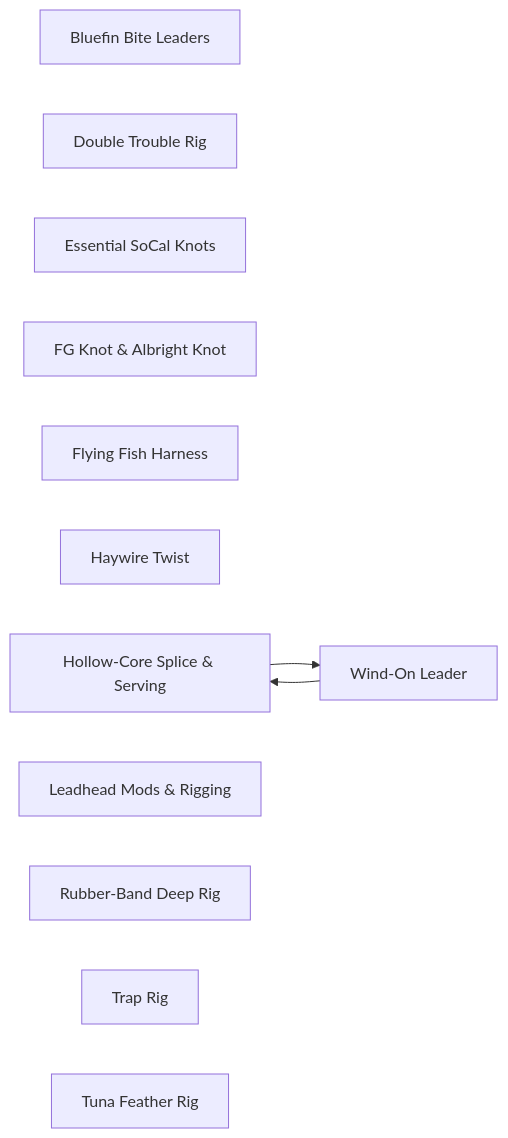
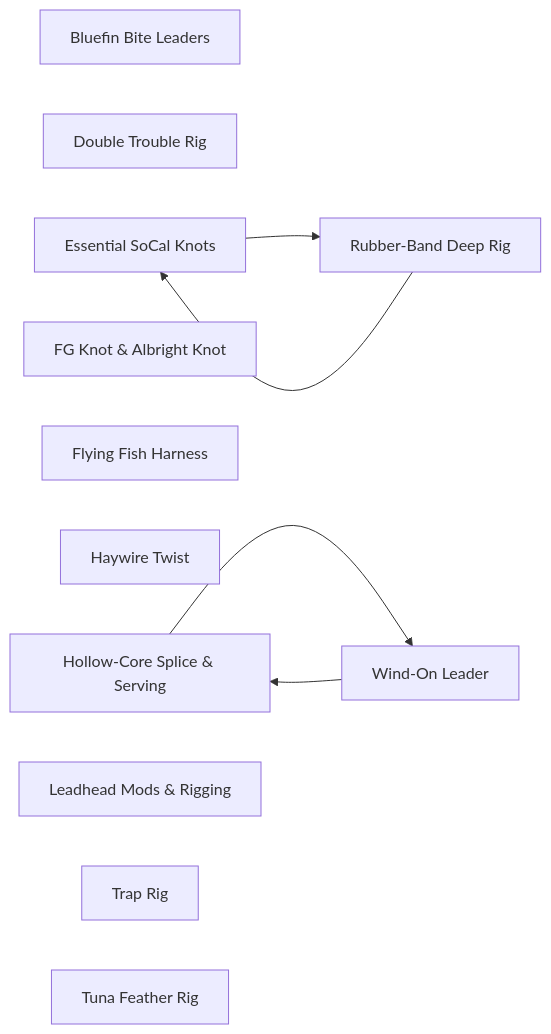
One commit to camchuckpete-max/Socal-Fishing-Knowledge changed the diagram in rigging/README.md. Above: the diagram before and after it, drawn with Mermaid. The commit also changed 3 other files, not shown here.

````diff
--- a/rigging/README.md
+++ b/rigging/README.md
@@ -25,17 +25,19 @@
 ```mermaid
 graph LR
   n0["Bluefin Bite Leaders"]
   n1["Double Trouble Rig"]
   n2["Essential SoCal Knots"]
   n3["FG Knot & Albright Knot"]
   n4["Flying Fish Harness"]
   n5["Haywire Twist"]
   n6["Hollow-Core Splice & Serving"]
   n7["Leadhead Mods & Rigging"]
   n8["Rubber-Band Deep Rig"]
   n9["Trap Rig"]
   n10["Tuna Feather Rig"]
   n11["Wind-On Leader"]
   n11 --> n6
+  n2 --> n8
   n6 --> n11
+  n8 --> n2
 ```
````
